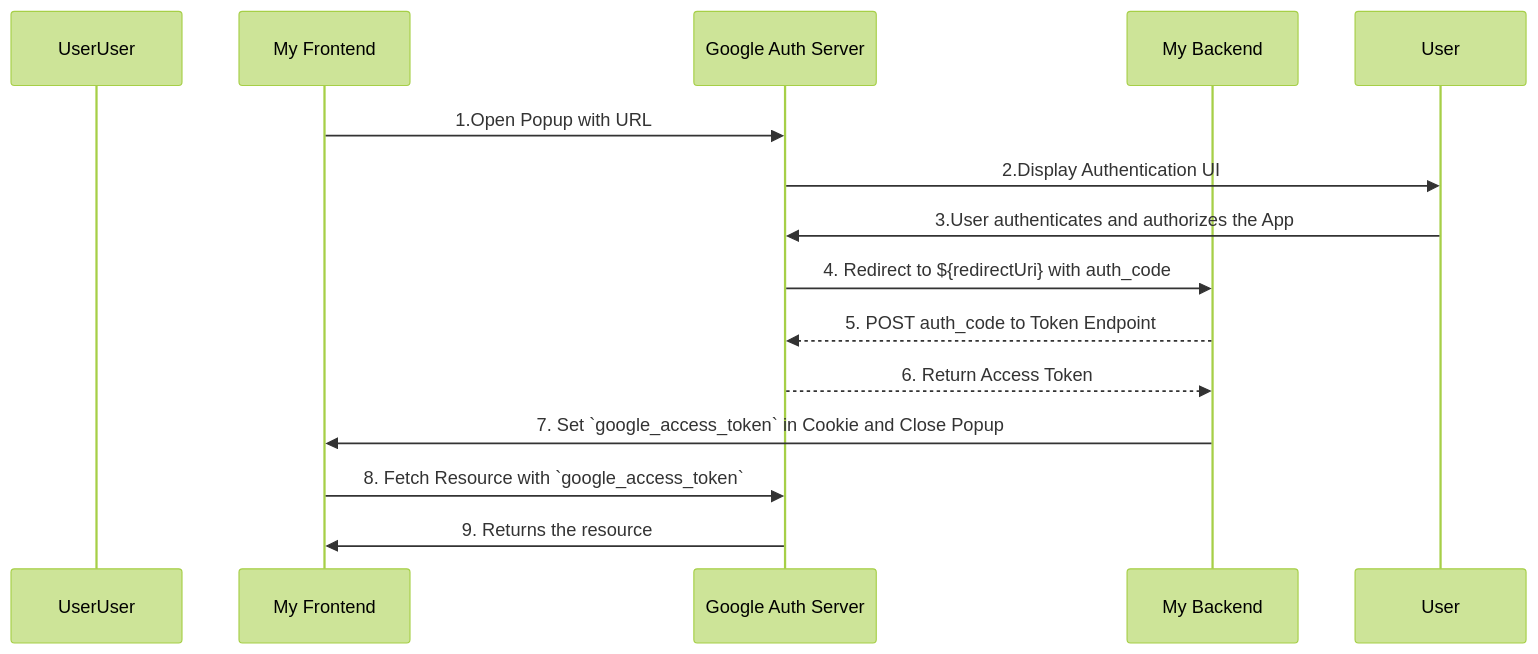
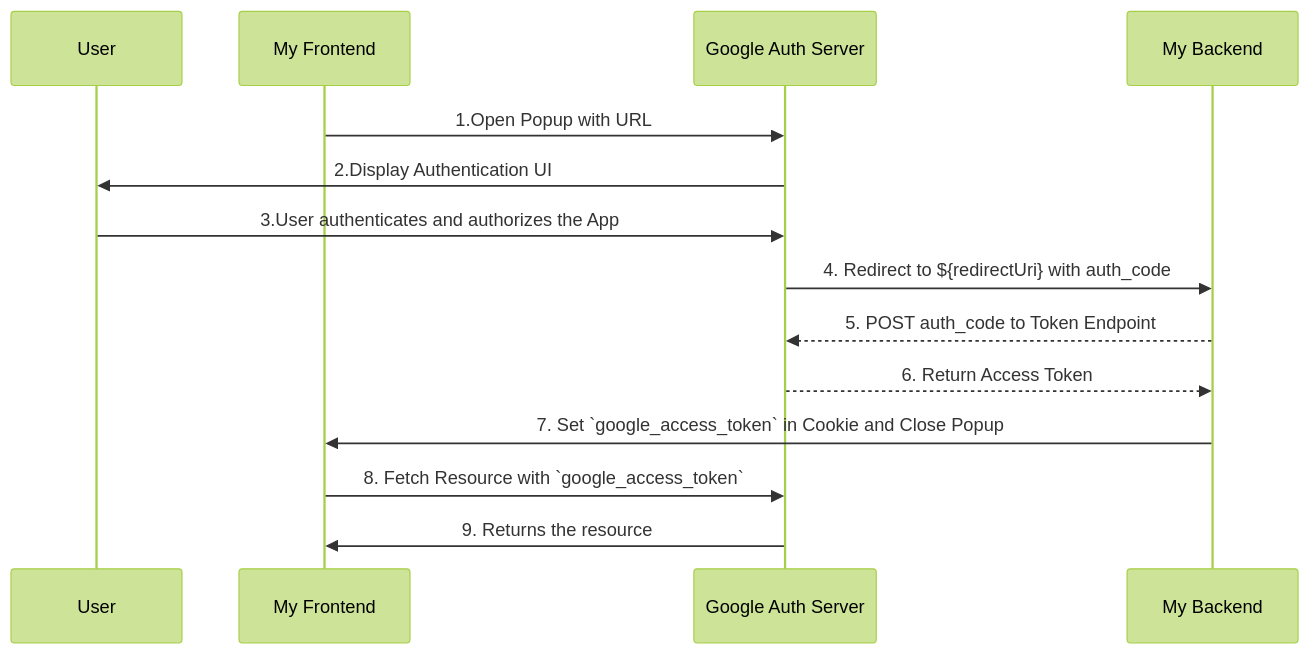
The diagram in README.md (asgarov1/oauth2-demo), drawn with Mermaid (forest theme) before and after one commit.

Commit message:
refactoring readme

````diff
--- a/README.md
+++ b/README.md
@@ -53,17 +53,17 @@
 ```mermaid
 sequenceDiagram
-    participant UserUser
+    participant User
     participant FE as My Frontend
     participant Google as Google Auth Server
     participant BE as My Backend
 
     FE->>Google: 1.Open Popup with URL
     Google->>User: 2.Display Authentication UI
     User->>Google: 3.User authenticates and authorizes the App
     Google->>BE: 4. Redirect to ${redirectUri} with auth_code
     BE-->>Google: 5. POST auth_code to Token Endpoint
     Google-->>BE: 6. Return Access Token
     BE->>FE: 7. Set `google_access_token` in Cookie and Close Popup
     FE->>Google: 8. Fetch Resource with `google_access_token`
     Google->>FE: 9. Returns the resource
 ```
````
